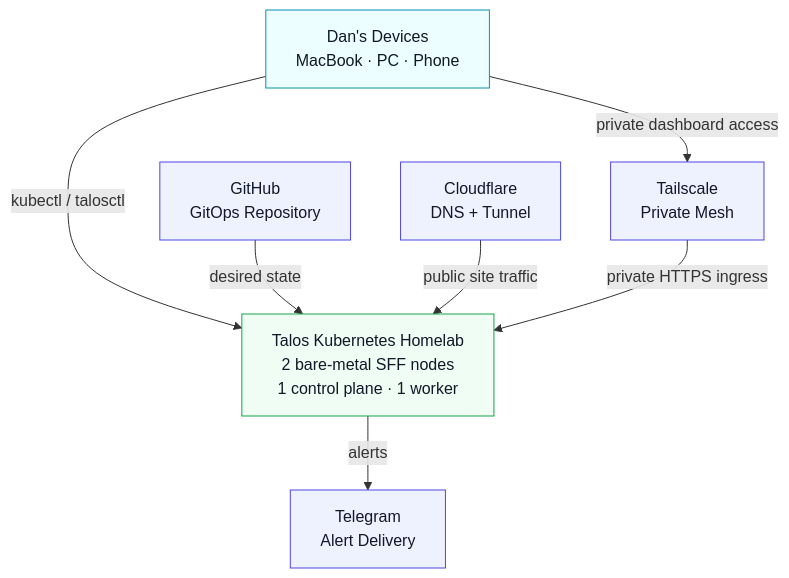
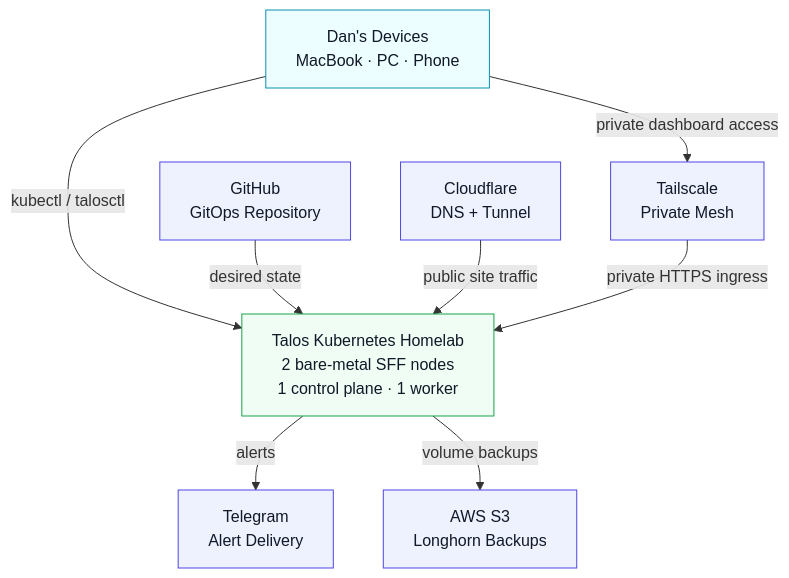
One commit to danieljcheung/talos-kubernetes-homelab changed the first of 2 diagrams in docs/14-architecture.md. Above: the diagram before and after it, drawn with Mermaid. The commit also changed other lines of this file and 5 other files, not shown here.

````diff
--- a/docs/14-architecture.md
+++ b/docs/14-architecture.md
@@ -7,25 +7,27 @@
 ```mermaid
 flowchart TB
   dan["Dan's Devices<br/>MacBook · PC · Phone"]
   github["GitHub<br/>GitOps Repository"]
   cloudflare["Cloudflare<br/>DNS + Tunnel"]
   tailscale["Tailscale<br/>Private Mesh"]
   telegram["Telegram<br/>Alert Delivery"]
+  s3["AWS S3<br/>Longhorn Backups"]
 
   homelab["Talos Kubernetes Homelab<br/>2 bare-metal SFF nodes<br/>1 control plane · 1 worker"]
 
   dan -->|kubectl / talosctl| homelab
   dan -->|private dashboard access| tailscale
   github -->|desired state| homelab
   cloudflare -->|public site traffic| homelab
   tailscale -->|private HTTPS ingress| homelab
   homelab -->|alerts| telegram
+  homelab -->|volume backups| s3
 
   classDef external fill:#eef2ff,stroke:#4f46e5,color:#111827
   classDef user fill:#ecfeff,stroke:#0891b2,color:#111827
   classDef cluster fill:#f0fdf4,stroke:#16a34a,color:#111827
 
-  class github,cloudflare,tailscale,telegram external
+  class github,cloudflare,tailscale,telegram,s3 external
   class dan user
   class homelab cluster
 ```
````
